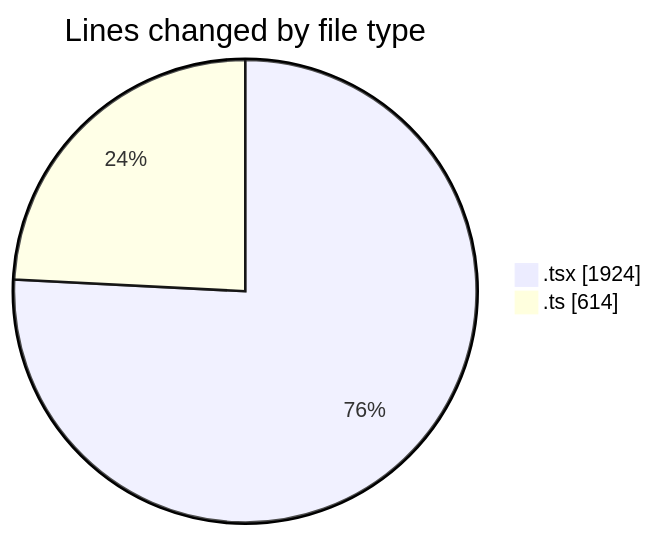
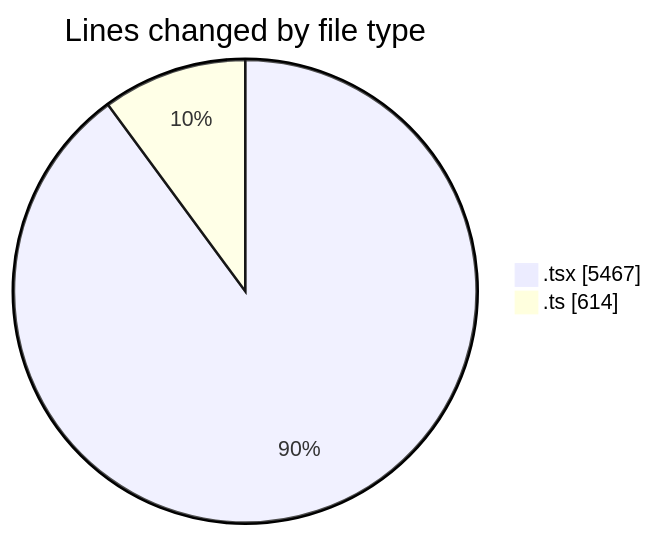
The first of 2 diagrams in 2026-05-18/nxtqube_webapp/README.md (nxtqubesakshisongat/code-tracking), drawn with Mermaid before and after one commit. The commit also changed other lines of this file and 1 other file, not shown here.

````diff
--- a/2026-05-18/nxtqube_webapp/README.md
+++ b/2026-05-18/nxtqube_webapp/README.md
@@ -26,6 +27,6 @@
 ```mermaid
 pie showData
 title Lines changed by file type
-".tsx" : 1924
+".tsx" : 5467
 ".ts" : 614
 ```
````
